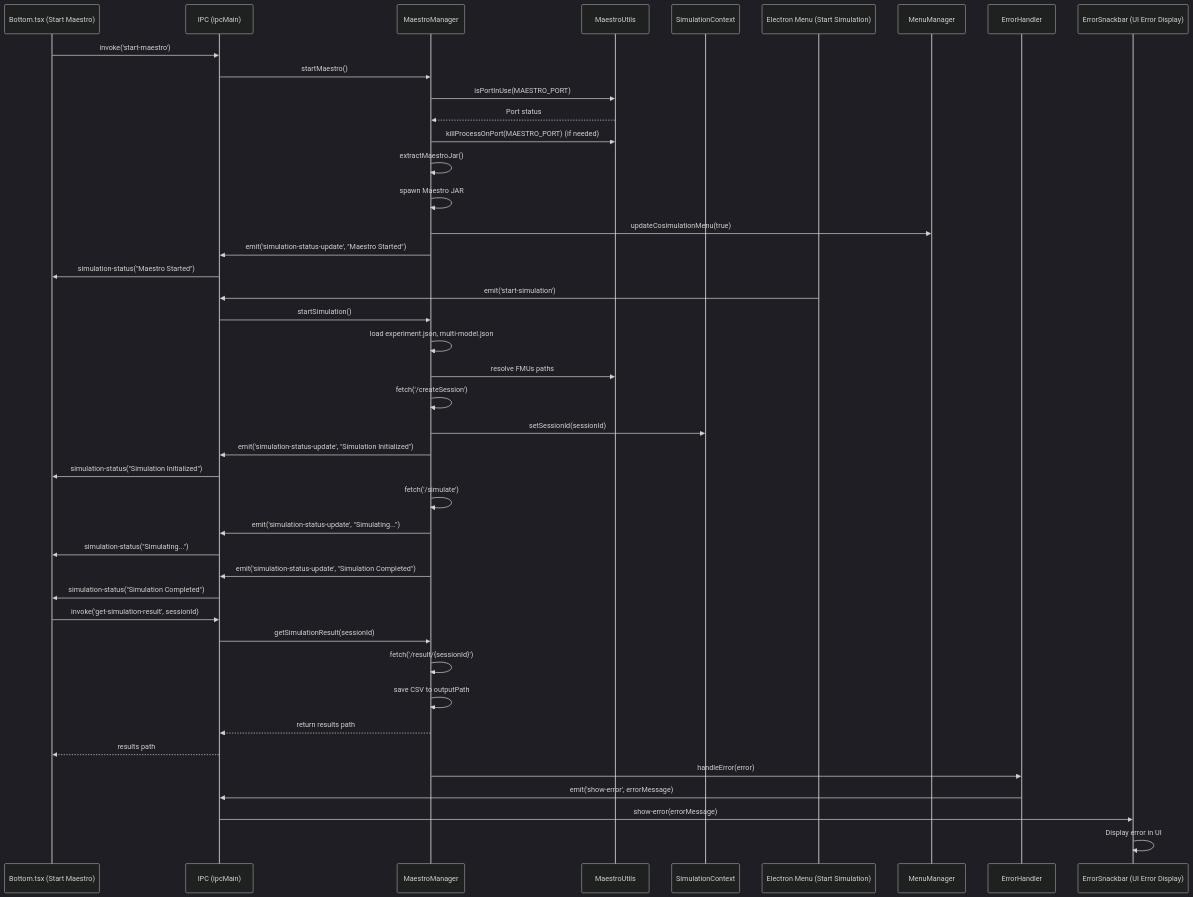
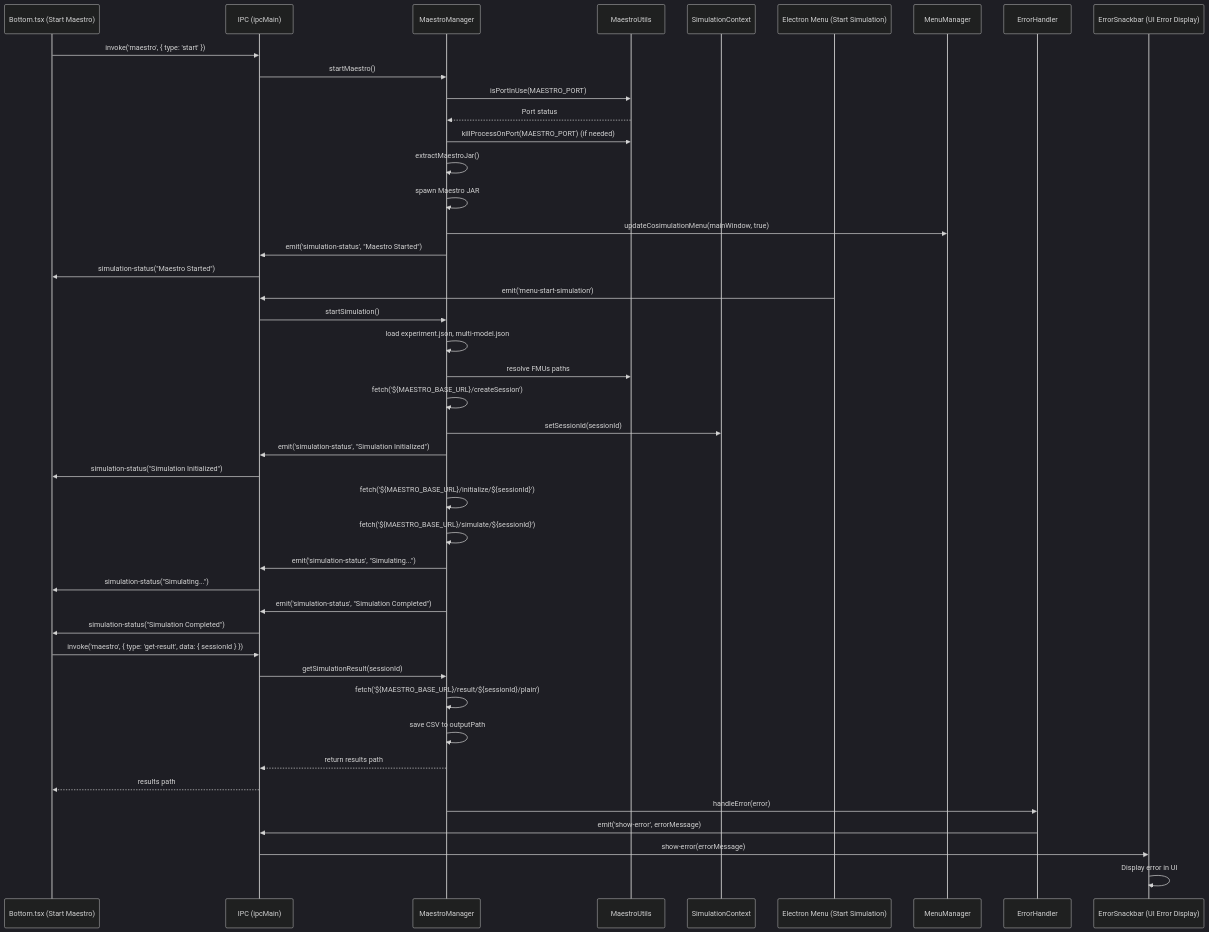
The fifth of 6 diagrams in docs/APPLICATION LAYERS.md (INTO-CPS-Association/into-cps-application), drawn with Mermaid (dark theme) before and after one commit. The commit also changed other lines of this file and 6 other files, not shown here.

````diff
--- a/docs/APPLICATION LAYERS.md
+++ b/docs/APPLICATION LAYERS.md
@@ -318,63 +368,63 @@
 ```mermaid
 sequenceDiagram
     %% Participants %%
     participant Bottom as Bottom.tsx (Start Maestro)
     participant IPC as IPC (ipcMain)
     participant MM as MaestroManager
     participant MU as MaestroUtils
     participant MC as SimulationContext
     participant Menu as Electron Menu (Start Simulation)
     participant MenuManager as MenuManager
     participant EH as ErrorHandler
     participant Snackbar as ErrorSnackbar (UI Error Display)
 
     %% 1. Starting Maestro from Bottom.tsx %%
-    Bottom->>IPC: invoke('start-maestro')
+    Bottom->>IPC: invoke('maestro', { type: 'start' })
     IPC->>MM: startMaestro()
     MM->>MU: isPortInUse(MAESTRO_PORT)
     MU-->>MM: Port status
     MM->>MU: killProcessOnPort(MAESTRO_PORT) (if needed)
     MM->>MM: extractMaestroJar()
     MM->>MM: spawn Maestro JAR
-    MM->>MenuManager: updateCosimulationMenu(true)
-    MM->>IPC: emit('simulation-status-update', "Maestro Started")
+    MM->>MenuManager: updateCosimulationMenu(mainWindow, true)
+    MM->>IPC: emit('simulation-status', "Maestro Started")
 
     %% 2. Bottom.tsx Receives Status Update %%
     IPC->>Bottom: simulation-status("Maestro Started")
 
     %% 3. Starting Simulation from Electron Menu %%
-    Menu->>IPC: emit('start-simulation')
+    Menu->>IPC: emit('menu-start-simulation')
     IPC->>MM: startSimulation()
     MM->>MM: load experiment.json, multi-model.json
     MM->>MU: resolve FMUs paths
-    MM->>MM: fetch('/createSession')
+    MM->>MM: fetch('${MAESTRO_BASE_URL}/createSession')
     MM->>MC: setSessionId(sessionId)
-    MM->>IPC: emit('simulation-status-update', "Simulation Initialized")
+    MM->>IPC: emit('simulation-status', "Simulation Initialized")
 
     %% 4. Bottom.tsx Receives Simulation Status %%
     IPC->>Bottom: simulation-status("Simulation Initialized")
 
     %% 5. Running Simulation %%
-    MM->>MM: fetch('/simulate')
-    MM->>IPC: emit('simulation-status-update', "Simulating...")
+    MM->>MM: fetch('${MAESTRO_BASE_URL}/initialize/${sessionId}')
+    MM->>MM: fetch('${MAESTRO_BASE_URL}/simulate/${sessionId}')
+    MM->>IPC: emit('simulation-status', "Simulating...")
     IPC->>Bottom: simulation-status("Simulating...")
 
     %% 6. Simulation Completion %%
-    MM->>IPC: emit('simulation-status-update', "Simulation Completed")
+    MM->>IPC: emit('simulation-status', "Simulation Completed")
     IPC->>Bottom: simulation-status("Simulation Completed")
 
     %% 7. Fetching Results %%
-    Bottom->>IPC: invoke('get-simulation-result', sessionId)
+    Bottom->>IPC: invoke('maestro', { type: 'get-result', data: { sessionId } })
     IPC->>MM: getSimulationResult(sessionId)
-    MM->>MM: fetch('/result/{sessionId}')
+    MM->>MM: fetch('${MAESTRO_BASE_URL}/result/${sessionId}/plain')
     MM->>MM: save CSV to outputPath
     MM-->>IPC: return results path
     IPC-->>Bottom: results path
 
     %% 8. Error Handling and Snackbar Display %%
     MM->>EH: handleError(error)
     EH->>IPC: emit('show-error', errorMessage)
     IPC->>Snackbar: show-error(errorMessage)
     Snackbar->>Snackbar: Display error in UI
-
 ```
````
